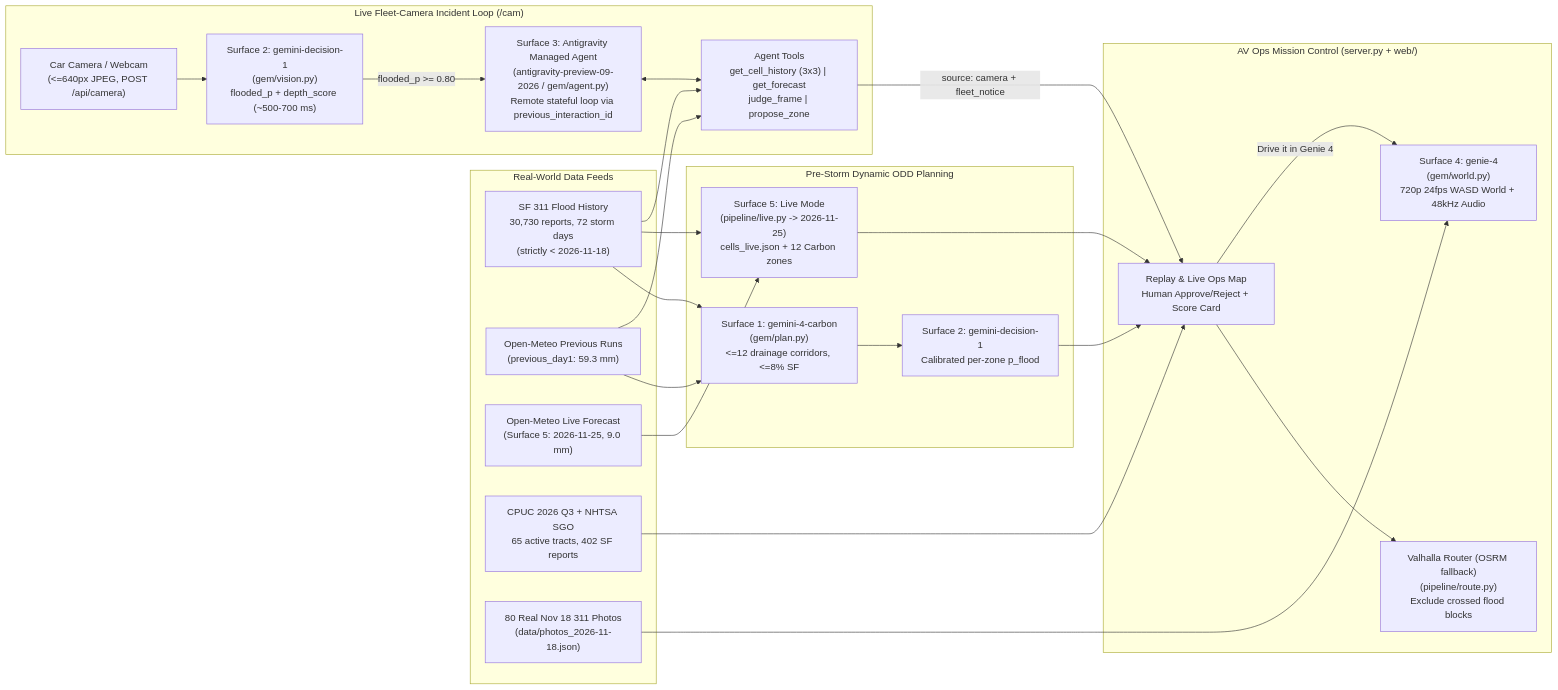
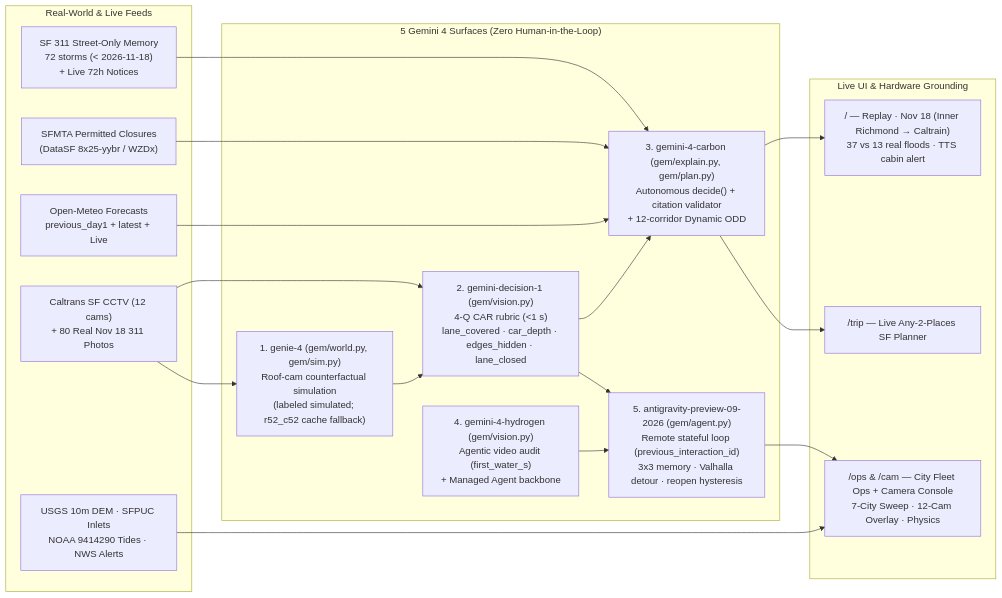
The diagram in research/SUBMISSION_DRAFT.md (Adarsha-gg/robotaxi-flood-pullback), drawn with Mermaid before and after one commit. The commit also changed other lines of this file and 6 other files, not shown here.

Commit message:
Stage-proof /ride & /trip UX, fix Genie leaks & /cam nav, sync research docs to DEMO.md

````diff
--- a/research/SUBMISSION_DRAFT.md
+++ b/research/SUBMISSION_DRAFT.md
@@ -32,50 +30,38 @@
 ```mermaid
 flowchart LR
-    subgraph Data["Real-World Data Feeds"]
-        SF311["SF 311 Flood History\n30,730 reports, 72 storm days\n(strictly < 2026-11-18)"]
-        METEO_NB["Open-Meteo Previous Runs\n(previous_day1: 59.3 mm)"]
-        METEO_LIVE["Open-Meteo Live Forecast\n(Surface 5: 2026-11-25, 9.0 mm)"]
-        WAYMO["CPUC 2026 Q3 + NHTSA SGO\n65 active tracts, 402 SF reports"]
-        PHOTOS["80 Real Nov 18 311 Photos\n(data/photos_2026-11-18.json)"]
+    subgraph Data["Real-World & Live Feeds"]
+        SF311["SF 311 Street-Only Memory\n72 storms (< 2026-11-18)\n+ Live 72h Notices"]
+        SFMTA["SFMTA Permitted Closures\n(DataSF 8x25-yybr / WZDx)"]
+        METEO["Open-Meteo Forecasts\nprevious_day1 + latest + Live"]
+        CAMS["Caltrans SF CCTV (12 cams)\n+ 80 Real Nov 18 311 Photos"]
+        HYDRO["USGS 10m DEM · SFPUC Inlets\nNOAA 9414290 Tides · NWS Alerts"]
     end
 
-    subgraph PreStorm["Pre-Storm Dynamic ODD Planning"]
-        S1["Surface 1: gemini-4-carbon\n(gem/plan.py)\n<=12 drainage corridors, <=8% SF"]
-        S2A["Surface 2: gemini-decision-1\nCalibrated per-zone p_flood"]
-        S5["Surface 5: Live Mode\n(pipeline/live.py -> 2026-11-25)\ncells_live.json + 12 Carbon zones"]
+    subgraph Core["5 Gemini 4 Surfaces (Zero Human-in-the-Loop)"]
+        S1["1. genie-4 (gem/world.py, gem/sim.py)\nRoof-cam counterfactual simulation\n(labeled simulated; r52_c52 cache fallback)"]
+        S2["2. gemini-decision-1 (gem/vision.py)\n4-Q CAR rubric (<1 s)\nlane_covered · car_depth · edges_hidden · lane_closed"]
+        S3["3. gemini-4-carbon (gem/explain.py, gem/plan.py)\nAutonomous decide() + citation validator\n+ 12-corridor Dynamic ODD"]
+        S4["4. gemini-4-hydrogen (gem/vision.py)\nAgentic video audit (first_water_s)\n+ Managed Agent backbone"]
+        S5["5. antigravity-preview-09-2026 (gem/agent.py)\nRemote stateful loop (previous_interaction_id)\n3x3 memory · Valhalla detour · reopen hysteresis"]
     end
 
-    subgraph LiveFleet["Live Fleet-Camera Incident Loop (/cam)"]
-        CAM["Car Camera / Webcam\n(<=640px JPEG, POST /api/camera)"]
-        S2B["Surface 2: gemini-decision-1\n(gem/vision.py)\nflooded_p + depth_score (~500-700 ms)"]
-        S3["Surface 3: Antigravity Managed Agent\n(antigravity-preview-09-2026 / gem/agent.py)\nRemote stateful loop via previous_interaction_id"]
-        TOOLS["Agent Tools\nget_cell_history (3x3) | get_forecast\njudge_frame | propose_zone"]
+    subgraph Surfaces["Live UI & Hardware Grounding"]
+        RIDE["/ — Replay · Nov 18 (Inner Richmond → Caltrain)\n37 vs 13 real floods · TTS cabin alert"]
+        TRIP["/trip — Live Any-2-Places SF Planner"]
+        OPS["/ops & /cam — City Fleet Ops + Camera Console\n7-City Sweep · 12-Cam Overlay · Physics"]
     end
 
-    subgraph Ops["AV Ops Mission Control (server.py + web/)"]
-        UI["Replay & Live Ops Map\nHuman Approve/Reject + Score Card"]
-        ROUTE["Valhalla Router (OSRM fallback)\n(pipeline/route.py)\nExclude crossed flood blocks"]
-        S4["Surface 4: genie-4\n(gem/world.py)\n720p 24fps WASD World + 48kHz Audio"]
-    end
-
-    SF311 --> S1
-    METEO_NB --> S1
-    WAYMO --> UI
-    S1 --> S2A
-    S2A --> UI
-
-    SF311 --> S5
-    METEO_LIVE --> S5
-    S5 --> UI
-
-    CAM --> S2B
-    S2B -- "flooded_p >= 0.80" --> S3
-    S3 <--> TOOLS
-    SF311 --> TOOLS
-    METEO_NB --> TOOLS
-    TOOLS -- "source: camera + fleet_notice" --> UI
-
-    UI --> ROUTE
-    PHOTOS --> S4
-    UI -- "Drive it in Genie 4" --> S4
+    SF311 --> S3
+    SFMTA --> S3
+    METEO --> S3
+    CAMS --> S1
+    CAMS --> S2
+    S1 --> S2
+    S2 --> S3
+    S2 --> S5
+    S5 --> OPS
+    S3 --> RIDE
+    S3 --> TRIP
+    S4 --> S5
+    HYDRO --> OPS
 ```
````
